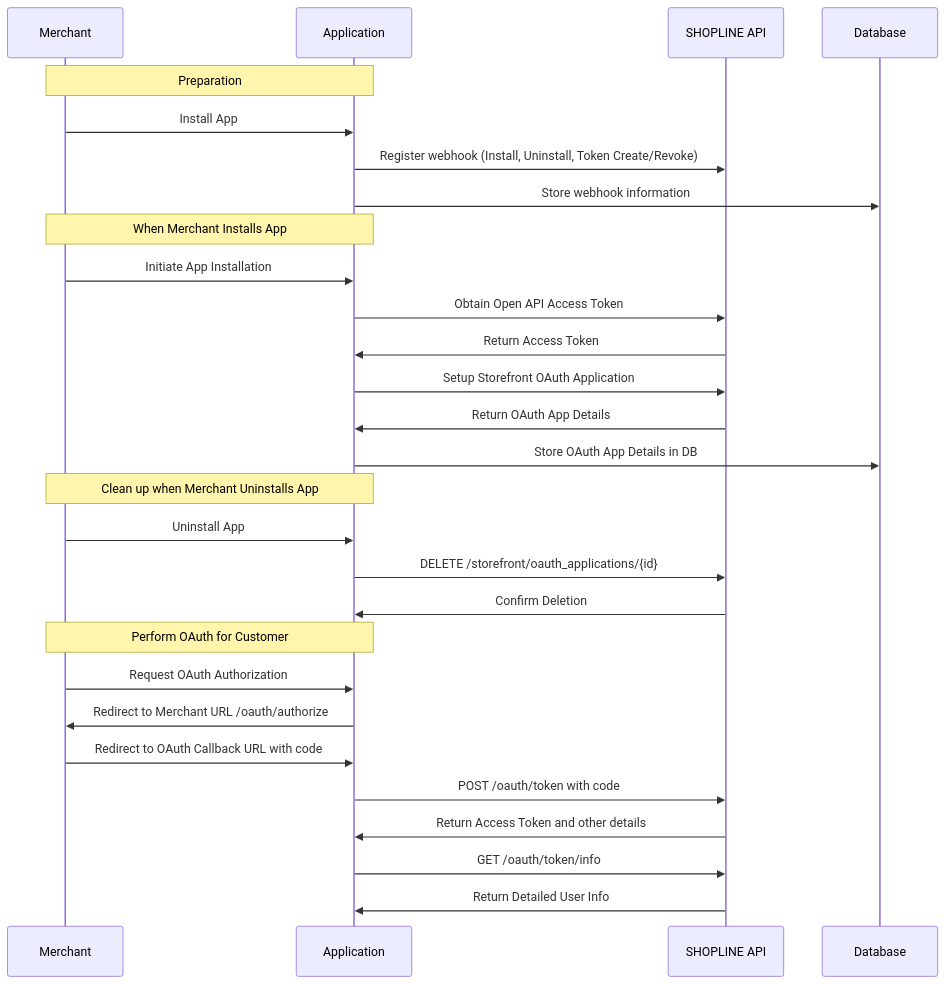
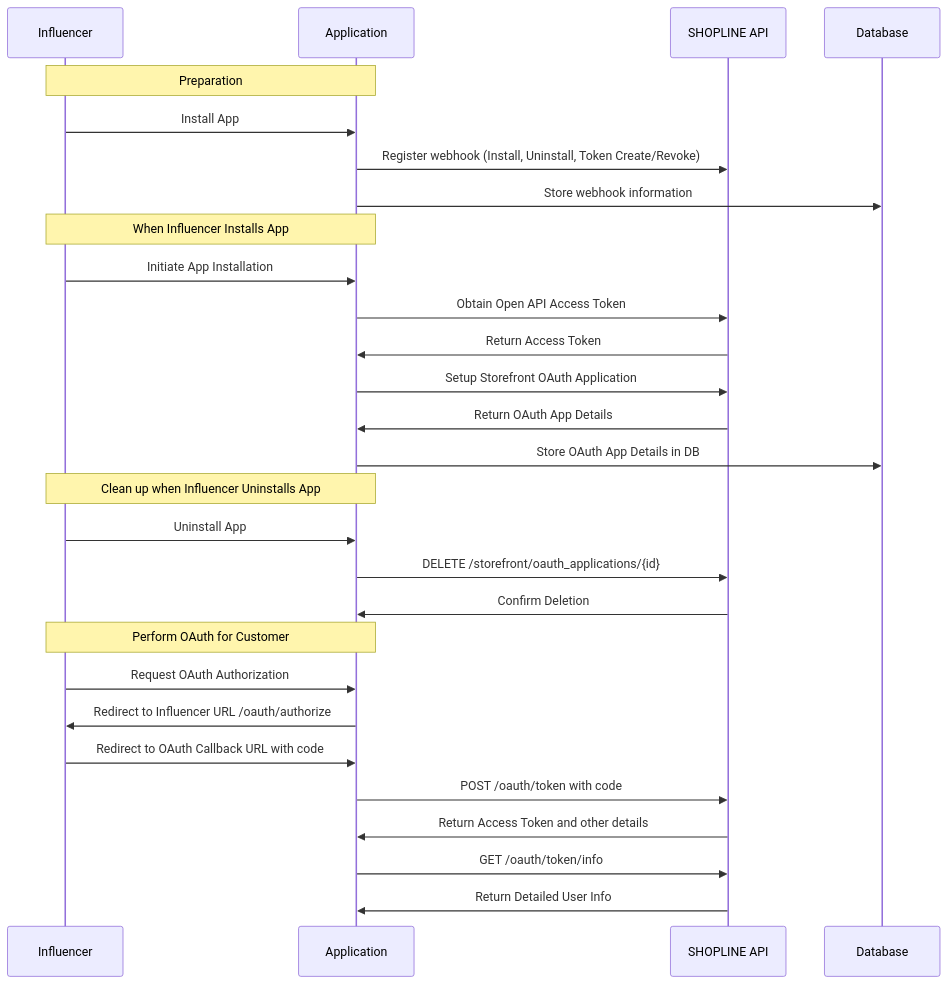
One commit to bdeanindy/SHOPLINE_interview_assignment changed the first of 2 diagrams in sequence-diagrams/influencer-self-sign-up.md. Above: the diagram before and after it, drawn with Mermaid. The commit also changed other lines of this file, not shown here.

````diff
--- a/sequence-diagrams/influencer-self-sign-up.md
+++ b/sequence-diagrams/influencer-self-sign-up.md
@@ -16,35 +16,35 @@
 ```mermaid
 sequenceDiagram
-    participant M as Merchant
+    participant I as Influencer
     participant A as Application
     participant API as SHOPLINE API
     participant DB as Database
 
-    Note over M, A: Preparation
-    M->>A: Install App
+    Note over I, A: Preparation
+    I->>A: Install App
     A->>API: Register webhook (Install, Uninstall, Token Create/Revoke)
     A->>DB: Store webhook information
 
-    Note over M, A: When Merchant Installs App
-    M->>A: Initiate App Installation
+    Note over I, A: When Influencer Installs App
+    I->>A: Initiate App Installation
     A->>API: Obtain Open API Access Token
     API->>A: Return Access Token
     A->>API: Setup Storefront OAuth Application
     API->>A: Return OAuth App Details
     A->>DB: Store OAuth App Details in DB
 
-    Note over M, A: Clean up when Merchant Uninstalls App
-    M->>A: Uninstall App
+    Note over I, A: Clean up when Influencer Uninstalls App
+    I->>A: Uninstall App
     A->>API: DELETE /storefront/oauth_applications/{id}
     API->>A: Confirm Deletion
 
-    Note over M, A: Perform OAuth for Customer
-    M->>A: Request OAuth Authorization
-    A->>M: Redirect to Merchant URL /oauth/authorize
-    M->>A: Redirect to OAuth Callback URL with code
+    Note over I, A: Perform OAuth for Customer
+    I->>A: Request OAuth Authorization
+    A->>I: Redirect to Influencer URL /oauth/authorize
+    I->>A: Redirect to OAuth Callback URL with code
     A->>API: POST /oauth/token with code
     API->>A: Return Access Token and other details
     A->>API: GET /oauth/token/info
     API->>A: Return Detailed User Info
 
 ```
````
